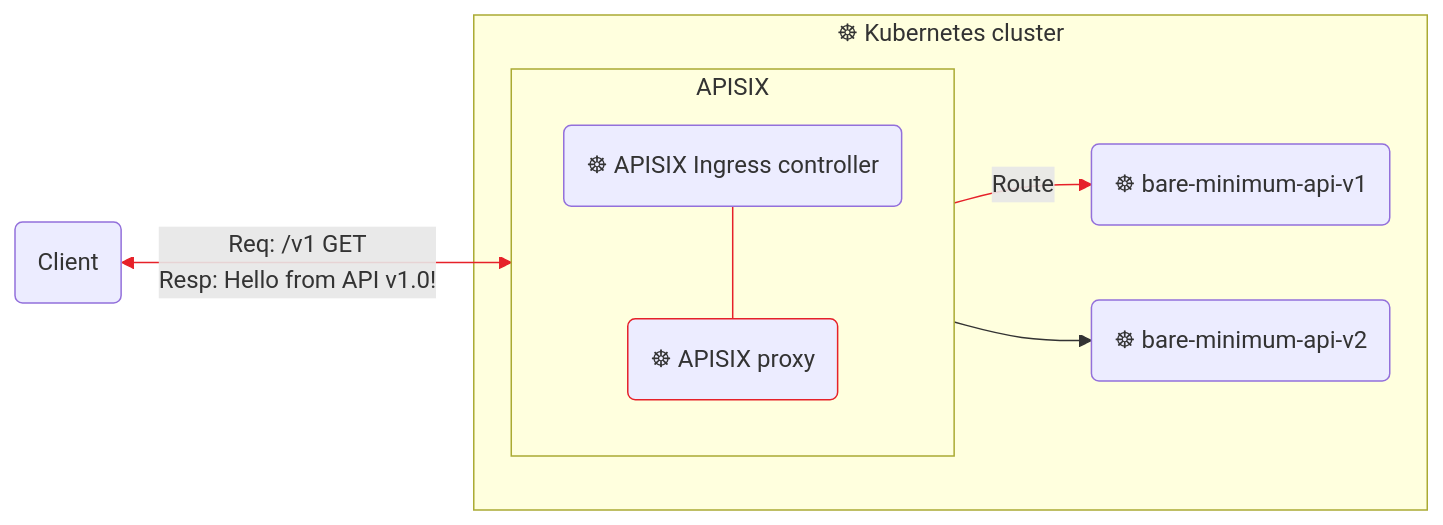
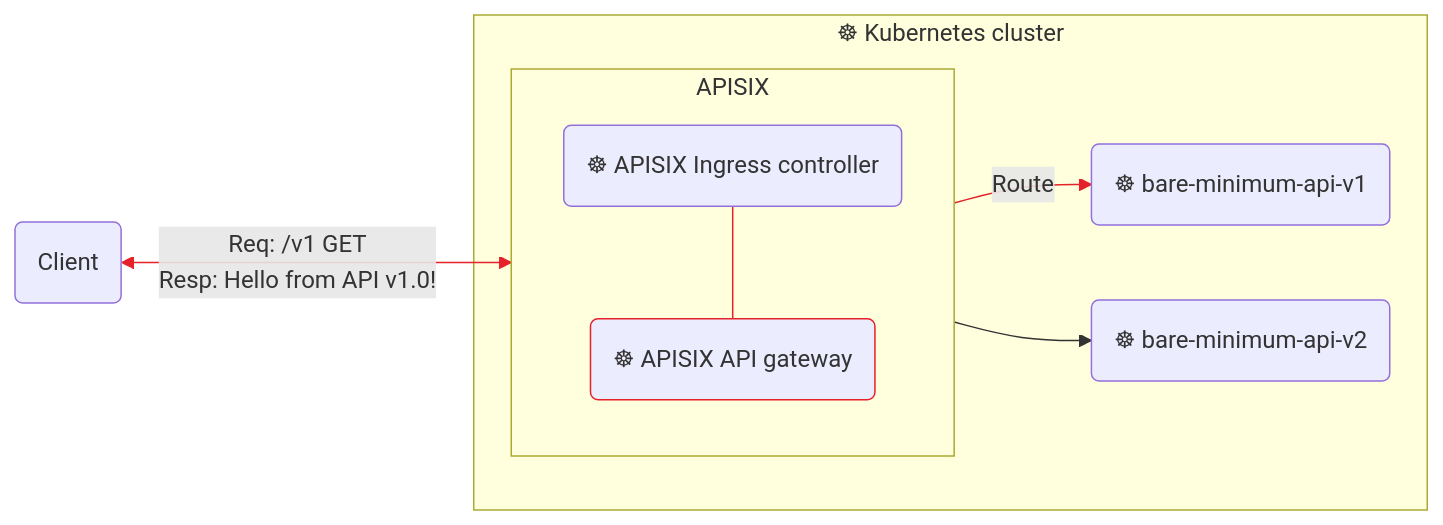
Before and after one commit to pottekkat/personal-website: the fourth of 5 diagrams in content/posts/hands-on-set-up-ingress-on-kubernetes-with-apache-apisix-ingress-controller.md, drawn with Mermaid. The commit also changed other lines of this file, not shown here.

```diff
--- a/content/posts/hands-on-set-up-ingress-on-kubernetes-with-apache-apisix-ingress-controller.md
+++ b/content/posts/hands-on-set-up-ingress-on-kubernetes-with-apache-apisix-ingress-controller.md
@@ -179,23 +179,23 @@
 {{< mermaid >}}
 flowchart LR
 c(Client) <--> |"Req: /v1 GET\nResp: Hello from API v1.0!"| a
 a --> |Route| s1("☸ bare-minimum-api-v1")
 a --> s2("☸ bare-minimum-api-v2")
-ic("☸ APISIX Ingress controller") --- p("☸ APISIX proxy")
+ic("☸ APISIX Ingress controller") --- p("☸ APISIX API gateway")
 style p stroke: #e62129
 linkStyle 0 stroke: #e62129
 linkStyle 1 stroke: #e62129
 linkStyle 3 stroke: #e62129
 
     subgraph k["☸ Kubernetes cluster"]
         a
         s1
         s2
     end
 
     subgraph a["APISIX"]
         direction TB
         ic
         p
     end
 {{< /mermaid >}}
```
